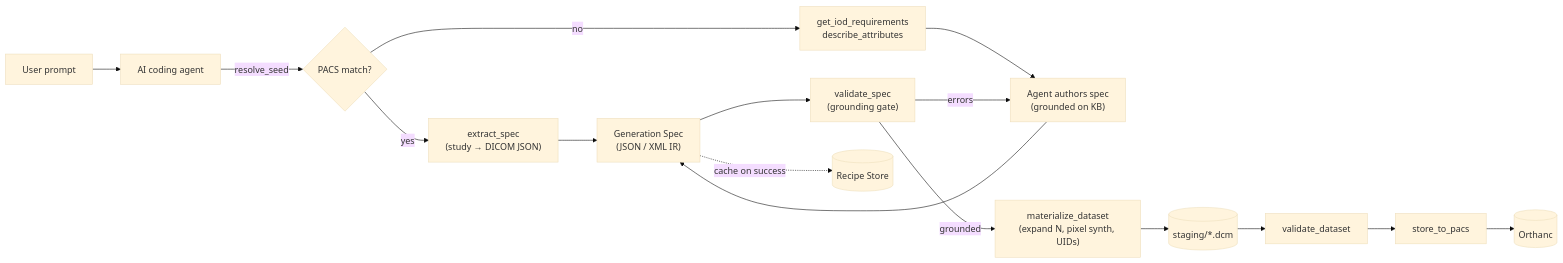
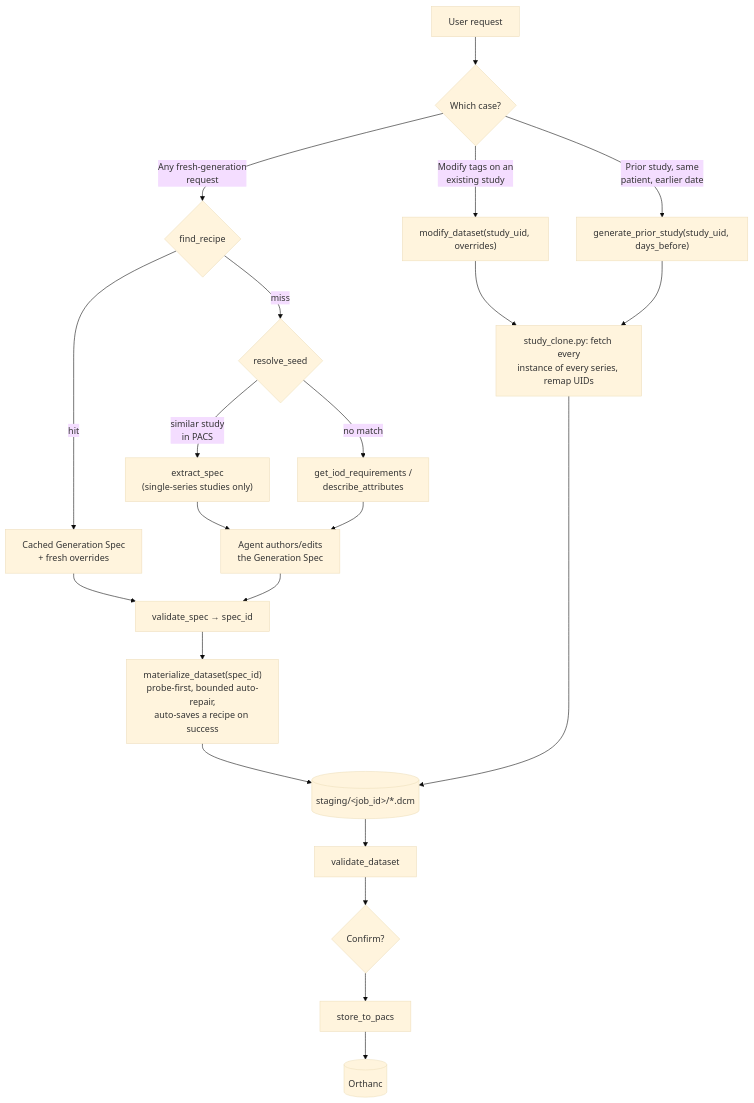
The second of 3 diagrams in docs/architecture.md (CT-Hackcelerate/PixelAtlas), drawn with Mermaid (base theme) before and after one commit. The commit also changed other lines of this file and 37 other files, not shown here.

````diff
--- a/docs/architecture.md
+++ b/docs/architecture.md
@@ -121,15 +73,24 @@
 ```mermaid
-flowchart LR
-    P["User prompt"] --> A["AI coding agent"]
-    A -->|"resolve_seed"| RS{PACS match?}
-    RS -->|yes| EX["extract_spec<br/>(study → DICOM JSON)"]
-    RS -->|no| KBQ["get_iod_requirements<br/>describe_attributes"]
-    EX --> SPEC["Generation Spec<br/>(JSON / XML IR)"]
-    KBQ --> A2["Agent authors spec<br/>(grounded on KB)"] --> SPEC
-    SPEC --> VS["validate_spec<br/>(grounding gate)"]
-    VS -->|errors| A2
-    VS -->|grounded| MAT["materialize_dataset<br/>(expand N, pixel synth, UIDs)"]
-    MAT --> DCM[("staging/*.dcm")]
-    DCM --> VD["validate_dataset"] --> ST["store_to_pacs"] --> ORT[("Orthanc")]
-    SPEC -.cache on success.-> REC[("Recipe Store")]
+flowchart TB
+    Req["User request"] --> Q{Which case?}
+
+    Q -->|"Any fresh-generation<br/>request"| Rec{find_recipe}
+    Rec -->|"hit"| RecSpec["Cached Generation Spec<br/>+ fresh overrides"]
+    Rec -->|"miss"| Seed{resolve_seed}
+    Seed -->|"similar study<br/>in PACS"| Ex["extract_spec<br/>(single-series studies only)"]
+    Seed -->|"no match"| KBQ["get_iod_requirements /<br/>describe_attributes"]
+    Ex --> Author["Agent authors/edits<br/>the Generation Spec"]
+    KBQ --> Author
+    RecSpec --> VS["validate_spec → spec_id"]
+    Author --> VS
+    VS --> MD["materialize_dataset(spec_id)<br/>probe-first, bounded auto-repair,<br/>auto-saves a recipe on success"]
+    MD --> Out1[("staging/&lt;job_id&gt;/*.dcm")]
+
+    Q -->|"Modify tags on an<br/>existing study"| Mod["modify_dataset(study_uid, overrides)"]
+    Q -->|"Prior study, same<br/>patient, earlier date"| Pri["generate_prior_study(study_uid, days_before)"]
+    Mod --> Clone["study_clone.py: fetch every<br/>instance of every series, remap UIDs"]
+    Pri --> Clone
+    Clone --> Out1
+
+    Out1 --> Val["validate_dataset"] --> Confirm{Confirm?} --> St["store_to_pacs"] --> Orthanc[("Orthanc")]
 ```
````
